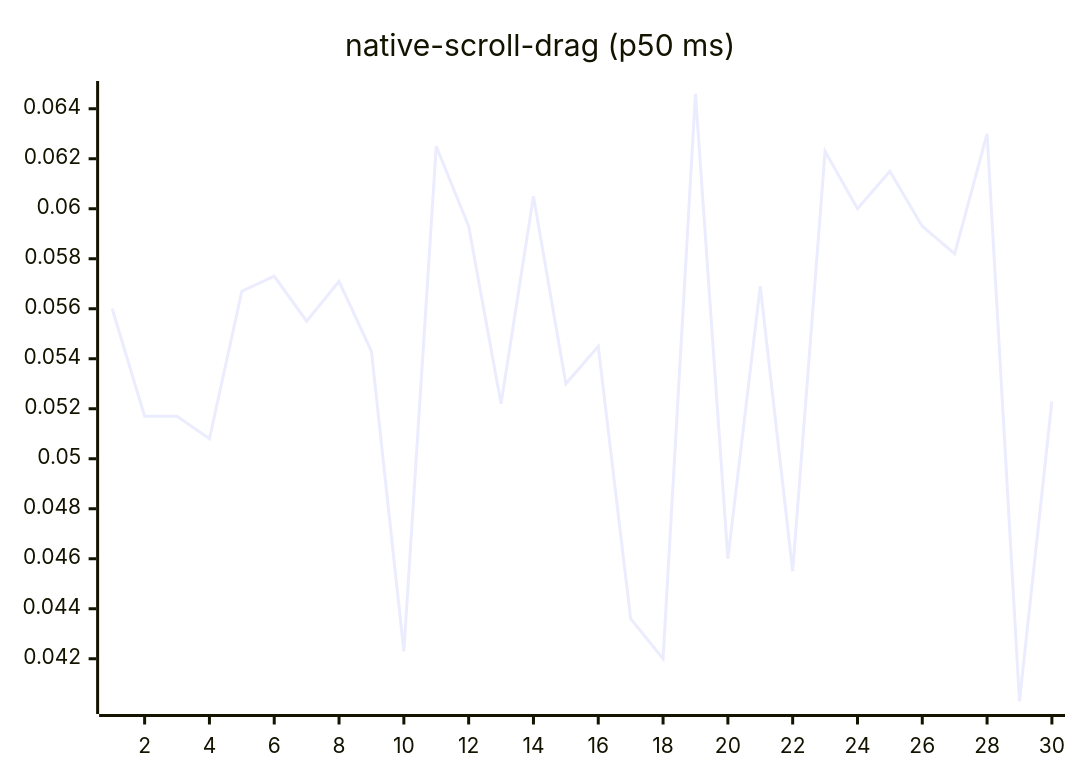
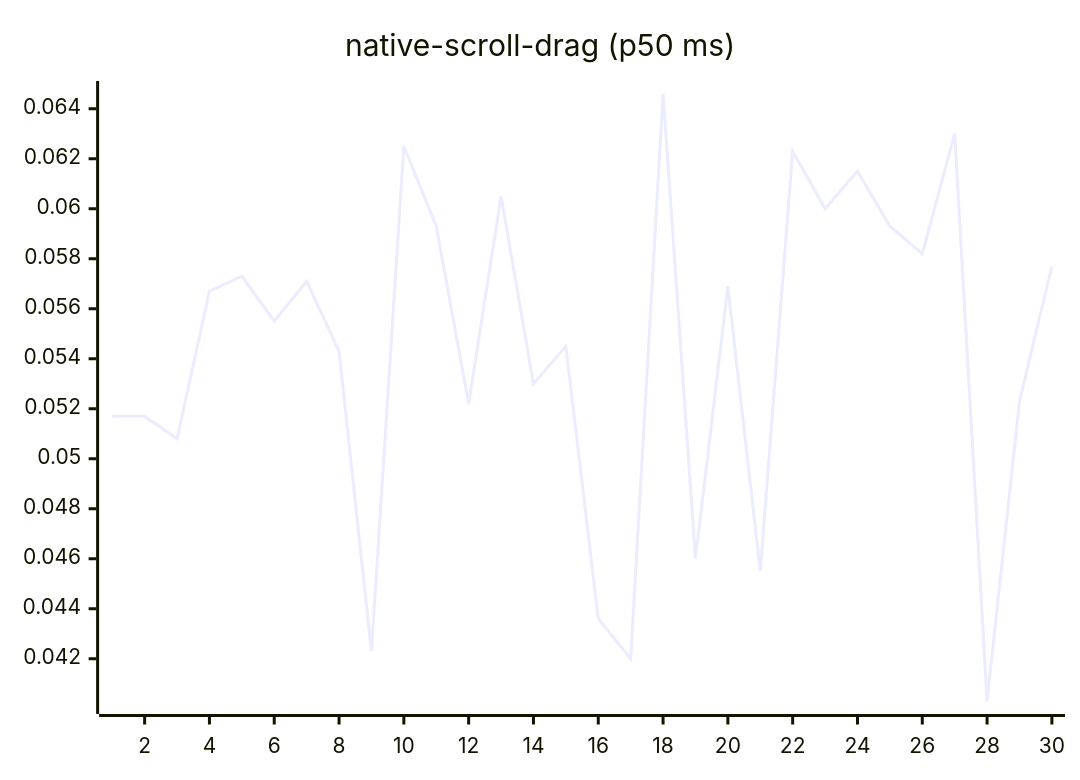
Before and after one commit to josha/Facet: diagram 14 of 27 in README.md, drawn with Mermaid. The commit also changed other lines of this file and 2 other files, not shown here.

````diff
--- a/README.md
+++ b/README.md
@@ -154,6 +154,6 @@
 ```mermaid
 xychart-beta
     title "native-scroll-drag (p50 ms)"
     x-axis 1 --> 30
-    line [0.0560, 0.0517, 0.0517, 0.0508, 0.0567, 0.0573, 0.0555, 0.0571, 0.0543, 0.0423, 0.0625, 0.0593, 0.0522, 0.0605, 0.0530, 0.0545, 0.0436, 0.0420, 0.0646, 0.0460, 0.0569, 0.0455, 0.0623, 0.0600, 0.0615, 0.0593, 0.0582, 0.0630, 0.0403, 0.0523]
+    line [0.0517, 0.0517, 0.0508, 0.0567, 0.0573, 0.0555, 0.0571, 0.0543, 0.0423, 0.0625, 0.0593, 0.0522, 0.0605, 0.0530, 0.0545, 0.0436, 0.0420, 0.0646, 0.0460, 0.0569, 0.0455, 0.0623, 0.0600, 0.0615, 0.0593, 0.0582, 0.0630, 0.0403, 0.0523, 0.0577]
 ```
````
